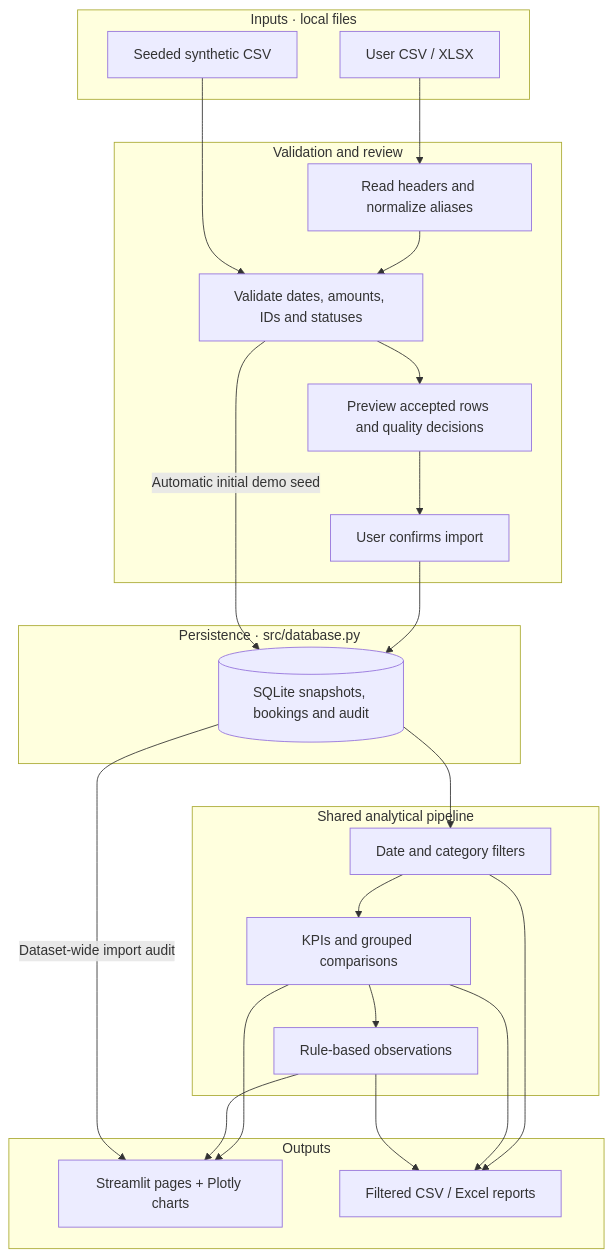
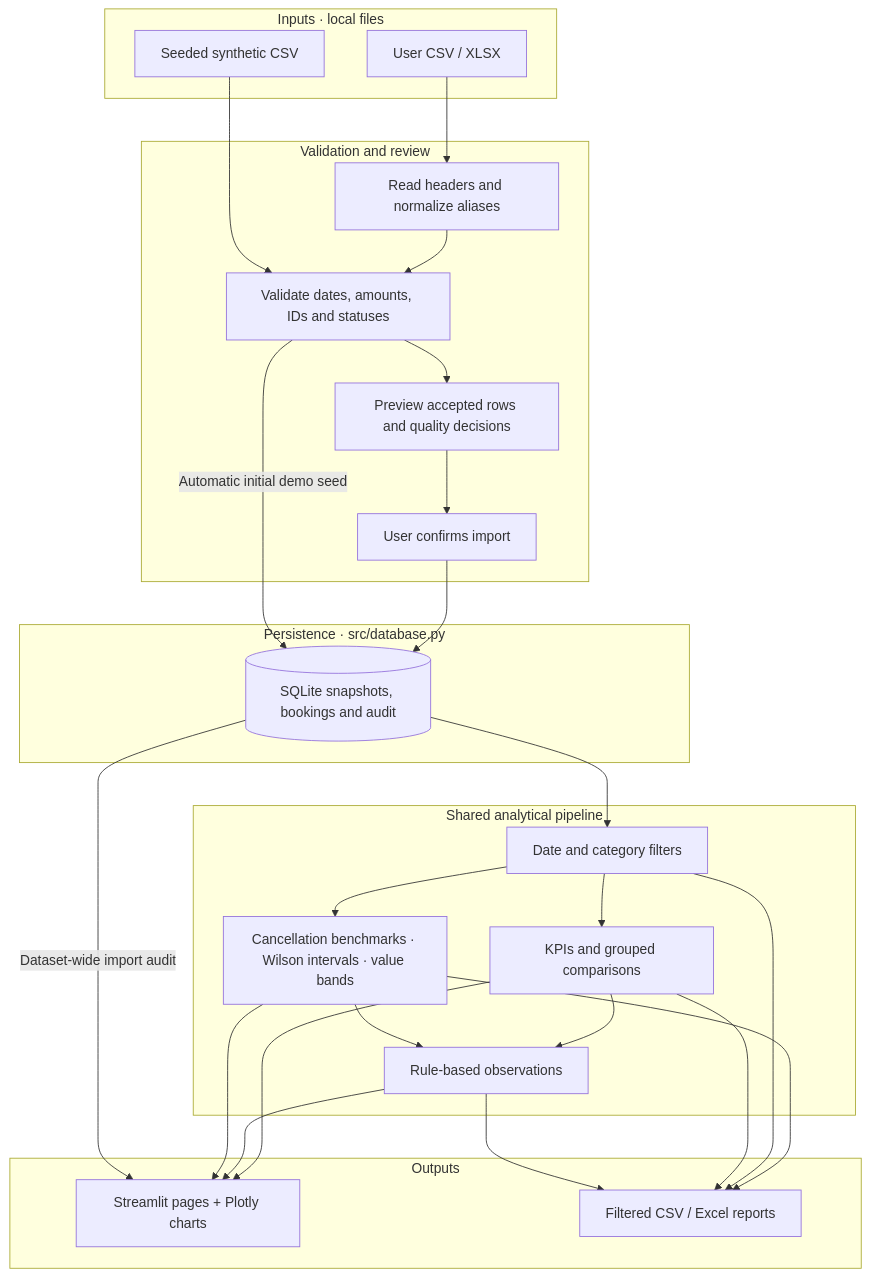
Before and after one commit to DevPanwar003/stayscope-booking-analytics: the diagram in README.md, drawn with Mermaid. The commit also changed other lines of this file and 23 other files, not shown here.

````diff
--- a/README.md
+++ b/README.md
@@ -48,34 +125,38 @@
 ```mermaid
 flowchart TB
     subgraph Inputs["Inputs · local files"]
         DEMO["Seeded synthetic CSV"]
         USER["User CSV / XLSX"]
     end
     subgraph Quality["Validation and review"]
         READ["Read headers and normalize aliases"]
         VALIDATE["Validate dates, amounts, IDs and statuses"]
         REVIEW["Preview accepted rows and quality decisions"]
         APPROVE["User confirms import"]
     end
     subgraph Storage["Persistence · src/database.py"]
         DB[("SQLite snapshots, bookings and audit")]
     end
     subgraph Analysis["Shared analytical pipeline"]
         FILTERS["Date and category filters"]
         METRICS["KPIs and grouped comparisons"]
+        ADVANCED["Cancellation benchmarks · Wilson intervals · value bands"]
         INSIGHTS["Rule-based observations"]
     end
     subgraph Presentation["Outputs"]
         UI["Streamlit pages + Plotly charts"]
         EXPORT["Filtered CSV / Excel reports"]
     end
     USER --> READ --> VALIDATE --> REVIEW --> APPROVE --> DB
     DEMO --> VALIDATE
     VALIDATE -->|"Automatic initial demo seed"| DB
     DB --> FILTERS --> METRICS --> UI
     METRICS --> INSIGHTS --> UI
+    FILTERS --> ADVANCED --> UI
+    ADVANCED --> INSIGHTS
+    ADVANCED --> EXPORT
     FILTERS --> EXPORT
     METRICS --> EXPORT
     INSIGHTS --> EXPORT
     DB -->|"Dataset-wide import audit"| UI
 ```
````
